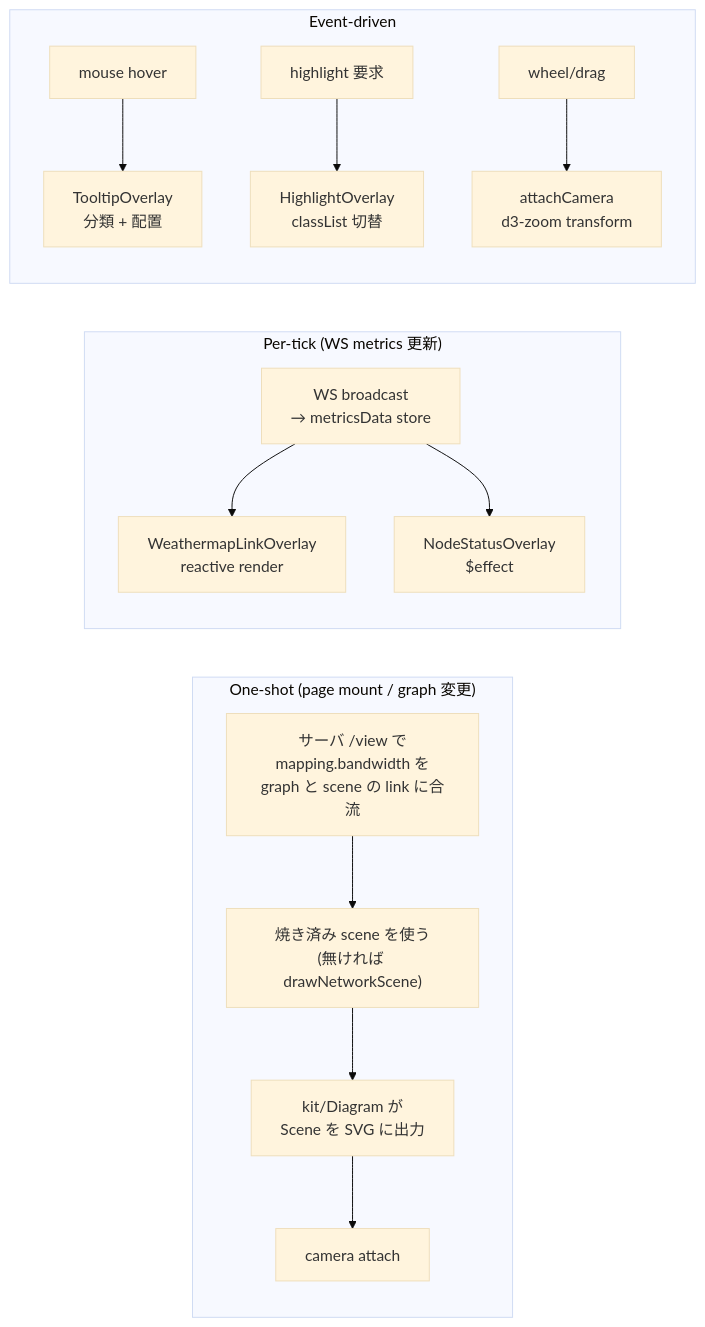
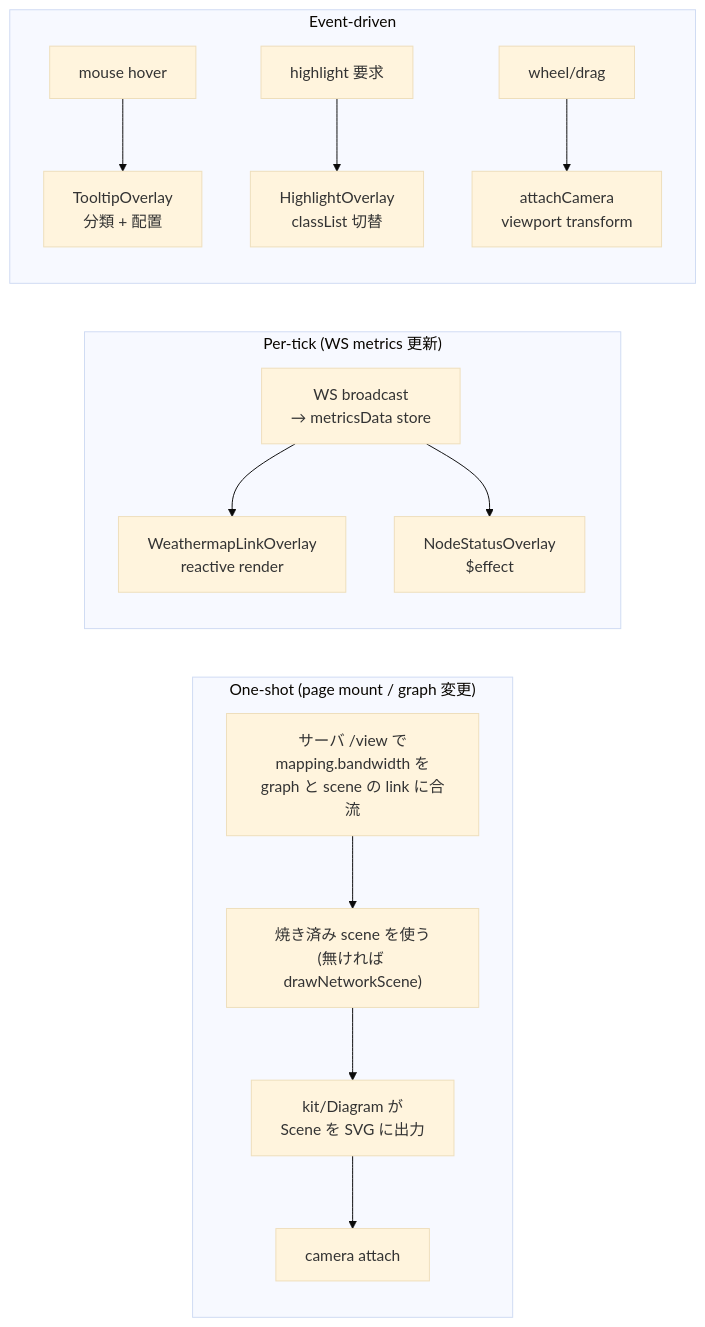
The sixth of 6 diagrams in apps/server/docs/topology-rendering.md (konoe-akitoshi/shumoku), drawn with Mermaid (base theme) before and after one commit. The commit also changed other lines of this file and 15 other files, not shown here.

````diff
--- a/apps/server/docs/topology-rendering.md
+++ b/apps/server/docs/topology-rendering.md
@@ -549,27 +549,27 @@
 ```mermaid
 flowchart LR
   subgraph ONESHOT["One-shot (page mount / graph 変更)"]
     direction TB
     G1["サーバ /view で<br/>mapping.bandwidth を<br/>graph と scene の link に合流"]
     G2["焼き済み scene を使う<br/>(無ければ drawNetworkScene)"]
     G3["kit/Diagram が<br/>Scene を SVG に出力"]
     G4["camera attach"]
     G1 --> G2 --> G3 --> G4
   end
 
   subgraph TICK["Per-tick (WS metrics 更新)"]
     direction TB
     T1["WS broadcast<br/>→ metricsData store"]
     T2A["WeathermapLinkOverlay<br/>reactive render"]
     T2B["NodeStatusOverlay<br/>$effect"]
     T1 --> T2A
     T1 --> T2B
   end
 
   subgraph EVENT["Event-driven"]
     direction TB
     E1["mouse hover"] --> E2["TooltipOverlay<br/>分類 + 配置"]
     E3["highlight 要求"] --> E4["HighlightOverlay<br/>classList 切替"]
-    E5["wheel/drag"] --> E6["attachCamera<br/>d3-zoom transform"]
+    E5["wheel/drag"] --> E6["attachCamera<br/>viewport transform"]
   end
 ```
````
